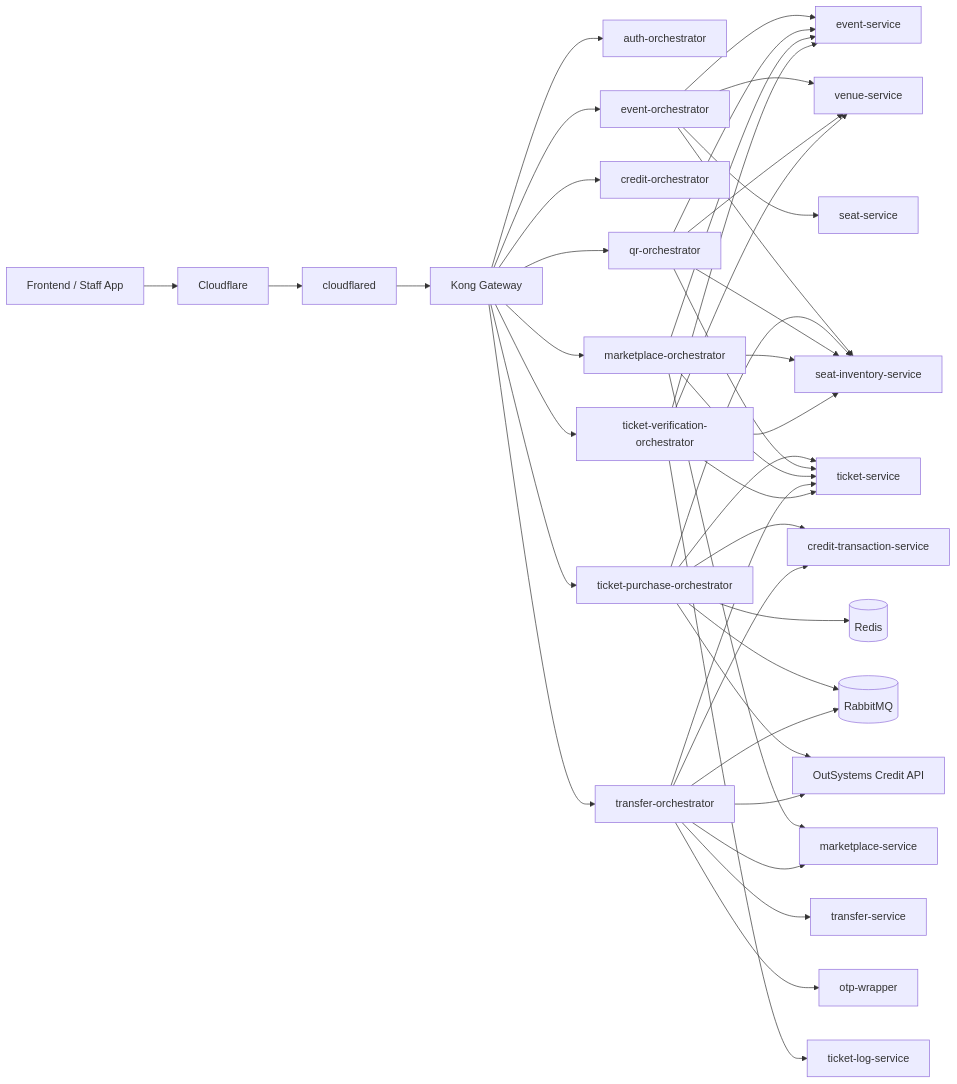
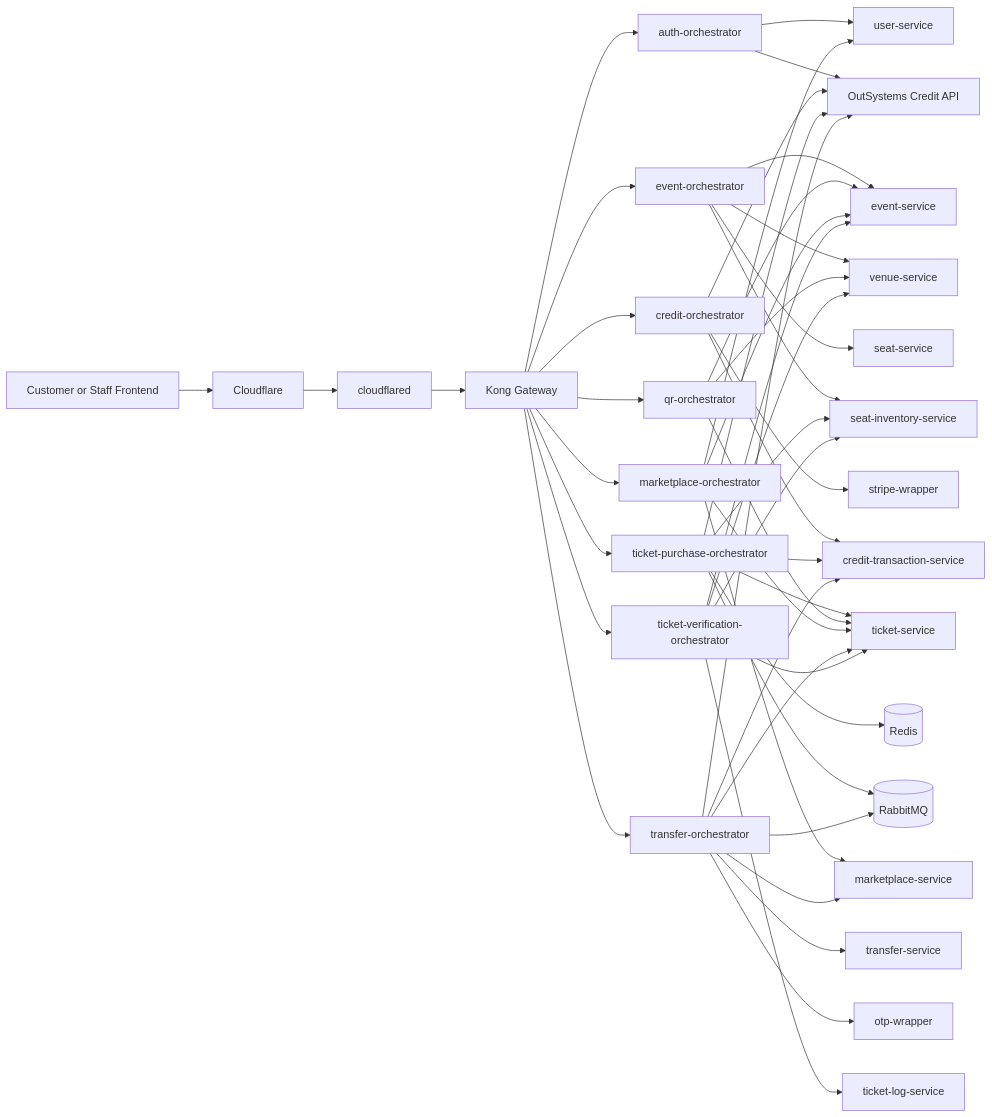
Before and after one commit to bryanseah234/ticketremaster-b: the first of 2 diagrams in README.md, drawn with Mermaid. The commit also changed other lines of this file and 18 other files, not shown here.

````diff
--- a/README.md
+++ b/README.md
@@ -16,51 +17,57 @@
 ```mermaid
 flowchart LR
-    Browser[Frontend / Staff App] --> CF[Cloudflare]
+    Browser[Customer or Staff Frontend] --> CF[Cloudflare]
     CF --> Tunnel[cloudflared]
     Tunnel --> Kong[Kong Gateway]
 
     Kong --> Auth[auth-orchestrator]
     Kong --> Event[event-orchestrator]
     Kong --> Credit[credit-orchestrator]
     Kong --> Purchase[ticket-purchase-orchestrator]
     Kong --> QR[qr-orchestrator]
     Kong --> Market[marketplace-orchestrator]
     Kong --> Transfer[transfer-orchestrator]
     Kong --> Verify[ticket-verification-orchestrator]
 
+    Auth --> UserSvc[user-service]
+    Auth --> CreditAPI[OutSystems Credit API]
+
     Event --> EventSvc[event-service]
     Event --> VenueSvc[venue-service]
     Event --> SeatSvc[seat-service]
     Event --> InvSvc[seat-inventory-service]
 
+    Credit --> Stripe[stripe-wrapper]
+    Credit --> CreditTxn[credit-transaction-service]
+    Credit --> CreditAPI
+
     Purchase --> InvSvc
     Purchase --> TicketSvc[ticket-service]
-    Purchase --> CreditTxn[credit-transaction-service]
+    Purchase --> CreditTxn
     Purchase --> Redis[(Redis)]
     Purchase --> Rabbit[(RabbitMQ)]
-    Purchase --> CreditAPI[OutSystems Credit API]
+    Purchase --> CreditAPI
 
     QR --> TicketSvc
     QR --> EventSvc
     QR --> VenueSvc
-    QR --> InvSvc
 
     Market --> MarketSvc[marketplace-service]
     Market --> TicketSvc
     Market --> EventSvc
-    Market --> InvSvc
+    Market --> UserSvc
 
     Transfer --> TransferSvc[transfer-service]
+    Transfer --> MarketSvc
     Transfer --> TicketSvc
-    Transfer --> MarketSvc
+    Transfer --> CreditTxn
     Transfer --> OTP[otp-wrapper]
     Transfer --> Rabbit
-    Transfer --> CreditTxn
     Transfer --> CreditAPI
 
     Verify --> TicketSvc
     Verify --> TicketLog[ticket-log-service]
     Verify --> EventSvc
     Verify --> VenueSvc
     Verify --> InvSvc
 ```
````
